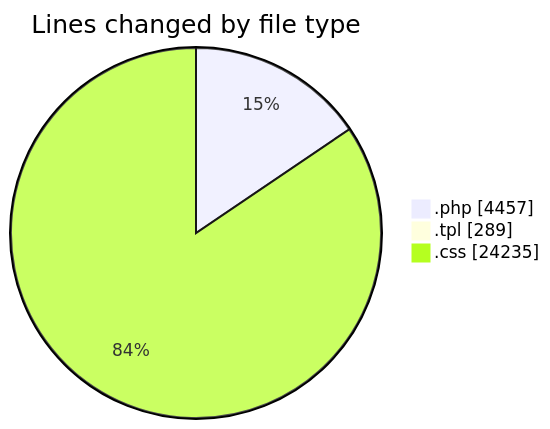
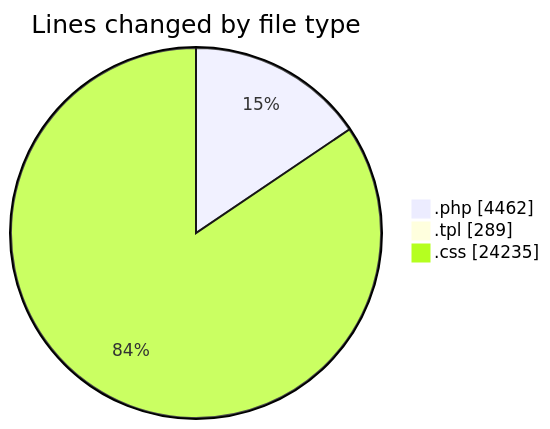
The first of 2 diagrams in 2025-04-18/zeytoon/README.md (vahidmafi/code-tracking), drawn with Mermaid before and after one commit. The commit also changed other lines of this file and 1 other file, not shown here.

````diff
--- a/2025-04-18/zeytoon/README.md
+++ b/2025-04-18/zeytoon/README.md
@@ -29,7 +29,7 @@
 ```mermaid
 pie showData
 title Lines changed by file type
-".php" : 4457
+".php" : 4462
 ".tpl" : 289
 ".css" : 24235
 ```
````
